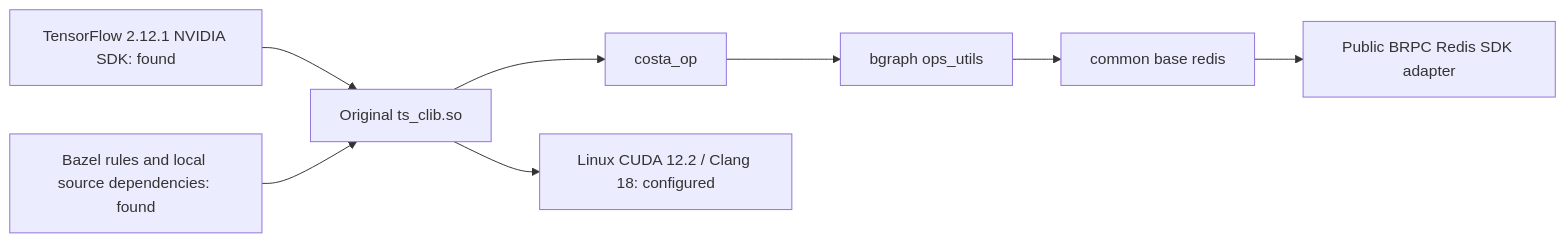
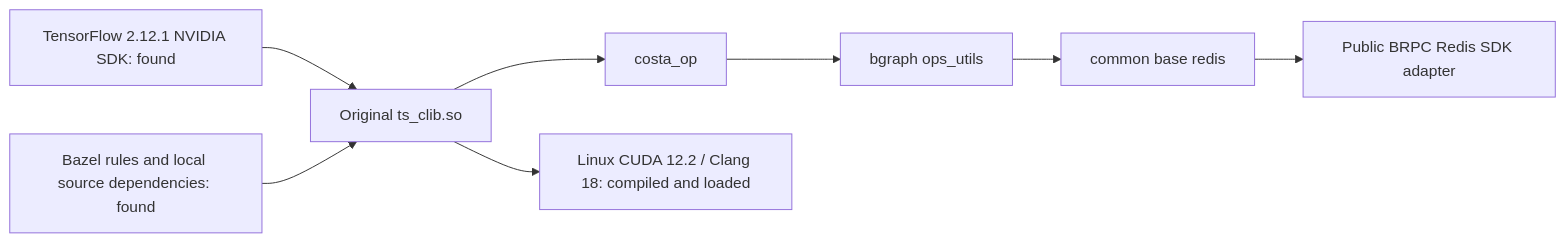
One commit to Zhang-Xin-Duke/distributed-recommendation-model-training-system changed the diagram in docs/ORIGINAL_NATIVE_BUILD.md. Above: the diagram before and after it, drawn with Mermaid. The commit also changed other lines of this file and 4 other files, not shown here.

````diff
--- a/docs/ORIGINAL_NATIVE_BUILD.md
+++ b/docs/ORIGINAL_NATIVE_BUILD.md
@@ -12,10 +14,10 @@
 ```mermaid
 flowchart LR
   E[Original ts_clib.so] --> C[costa_op]
   C --> B[bgraph ops_utils]
   B --> R[common base redis]
   R --> S[Public BRPC Redis SDK adapter]
-  E --> G[Linux CUDA 12.2 / Clang 18: configured]
+  E --> G[Linux CUDA 12.2 / Clang 18: compiled and loaded]
   T[TensorFlow 2.12.1 NVIDIA SDK: found] --> E
   W[Bazel rules and local source dependencies: found] --> E
 ```
````
